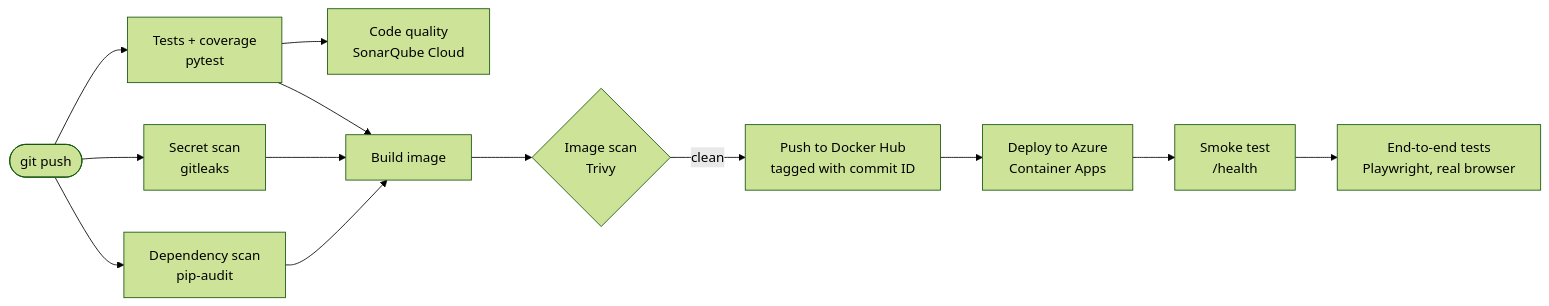
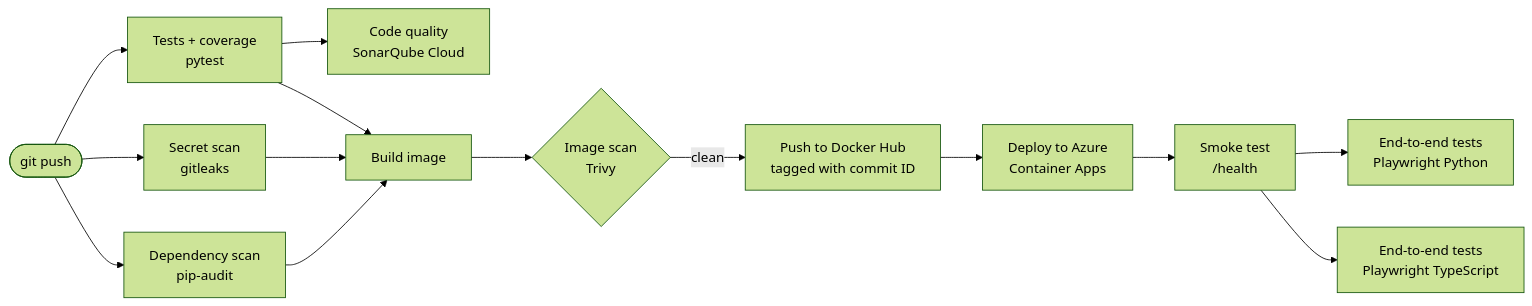
The second of 3 diagrams in README.md (joinsrikanth945/Wealth-agentic-rag), drawn with Mermaid (forest theme) before and after one commit. The commit also changed other lines of this file, not shown here.

Commit message:
README: TypeScript Playwright framework; restore badges and Findings; fix testing table

````diff
--- a/README.md
+++ b/README.md
@@ -295,15 +349,16 @@
 ```mermaid
 flowchart LR
     P([git push]) --> T[Tests + coverage<br/>pytest]
     P --> S[Secret scan<br/>gitleaks]
     P --> D[Dependency scan<br/>pip-audit]
     T --> Q[Code quality<br/>SonarQube Cloud]
     T --> B
     S --> B
     D --> B[Build image]
     B --> V{Image scan<br/>Trivy}
     V -->|clean| H[Push to Docker Hub<br/>tagged with commit ID]
     H --> A[Deploy to Azure<br/>Container Apps]
     A --> K[Smoke test<br/>/health]
-    K --> E[End-to-end tests<br/>Playwright, real browser]
+    K --> E[End-to-end tests<br/>Playwright Python]
+    K --> E2[End-to-end tests<br/>Playwright TypeScript]
 ```
````
